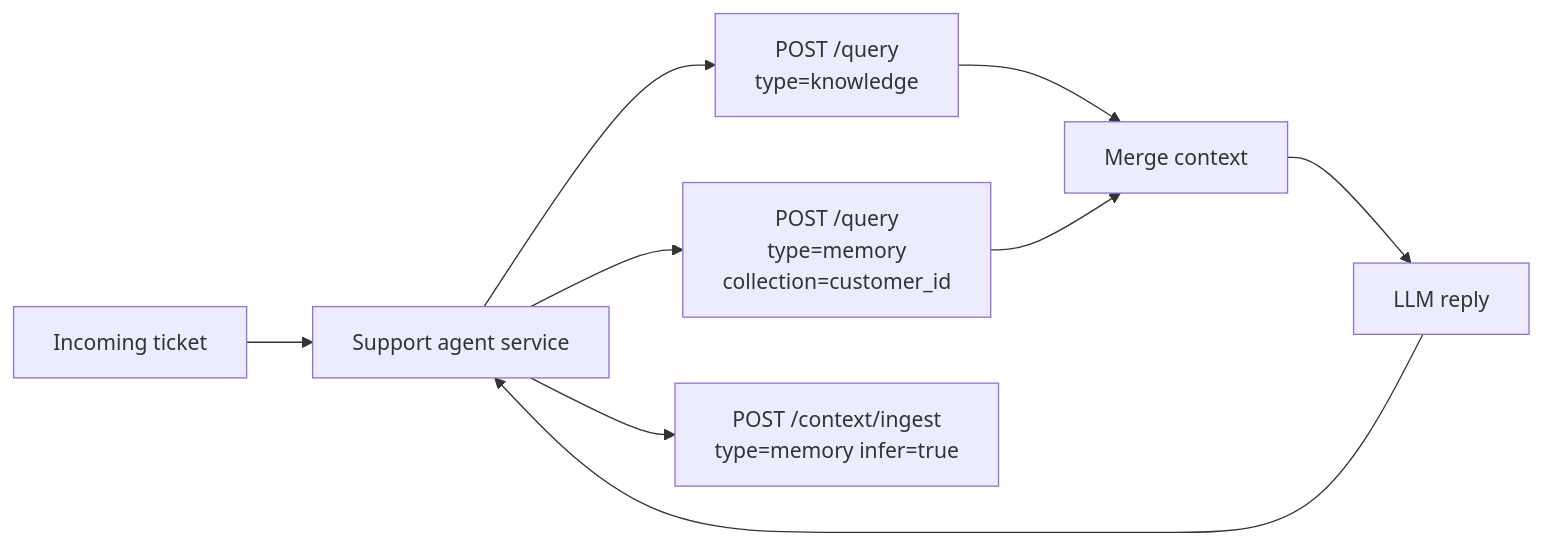
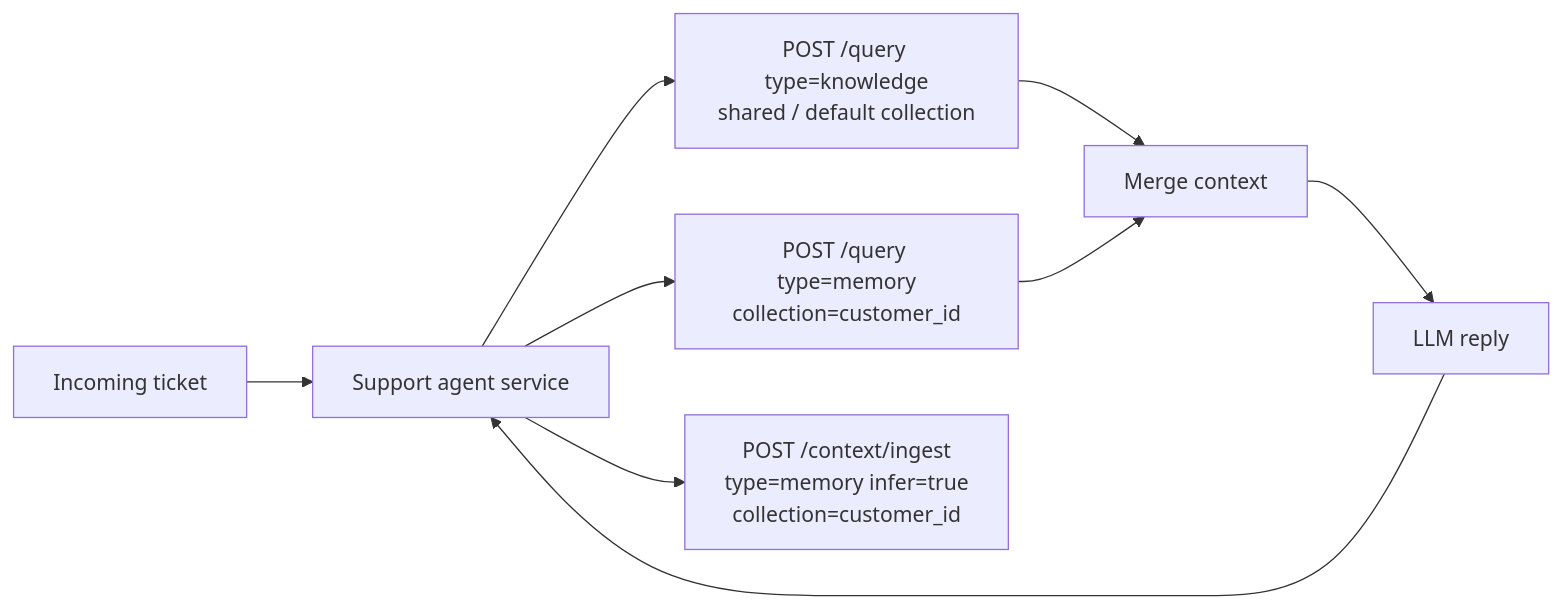
The second of 7 diagrams in essentials/v2/context-architecture/reference-architectures.mdx (hydra-db/mintlify-docs), drawn with Mermaid before and after one commit. The commit also changed other lines of this file and 7 other files, not shown here.

````diff
--- a/essentials/v2/context-architecture/reference-architectures.mdx
+++ b/essentials/v2/context-architecture/reference-architectures.mdx
@@ -52,19 +60,19 @@
 ```mermaid
 flowchart LR
   Ticket["Incoming ticket"]
   Agent["Support agent service"]
-  QK["POST /query<br/>type=knowledge"]
-  QM["POST /query<br/>type=memory<br/>collection=customer_id"]
+  QK["POST /query type=knowledge<br/>shared / default collection"]
+  QM["POST /query type=memory<br/>collection=customer_id"]
   Merge["Merge context"]
   LLM["LLM reply"]
-  WB["POST /context/ingest<br/>type=memory infer=true"]
+  WB["POST /context/ingest<br/>type=memory infer=true<br/>collection=customer_id"]
 
   Ticket --> Agent
   Agent --> QK
   Agent --> QM
   QK --> Merge
   QM --> Merge
   Merge --> LLM
   LLM --> Agent
   Agent --> WB
 ```
````
